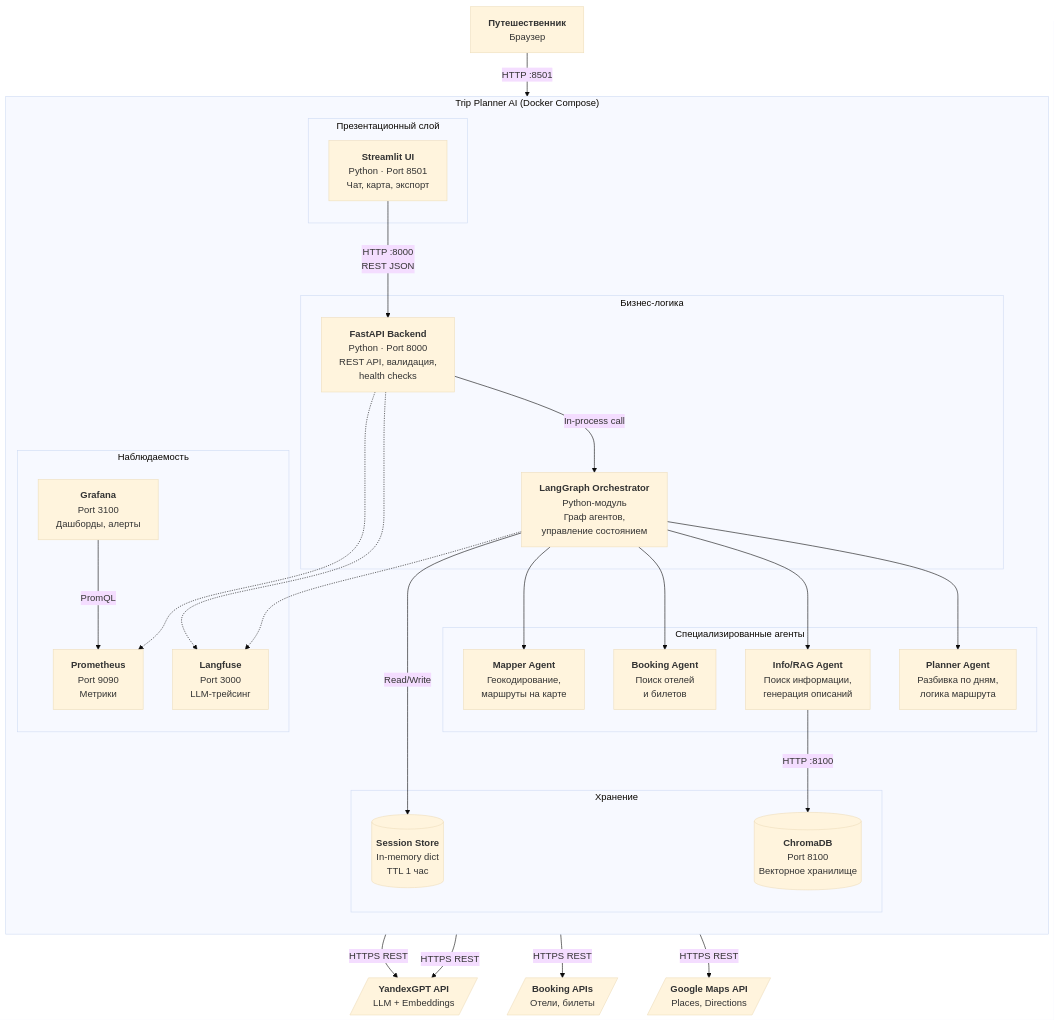
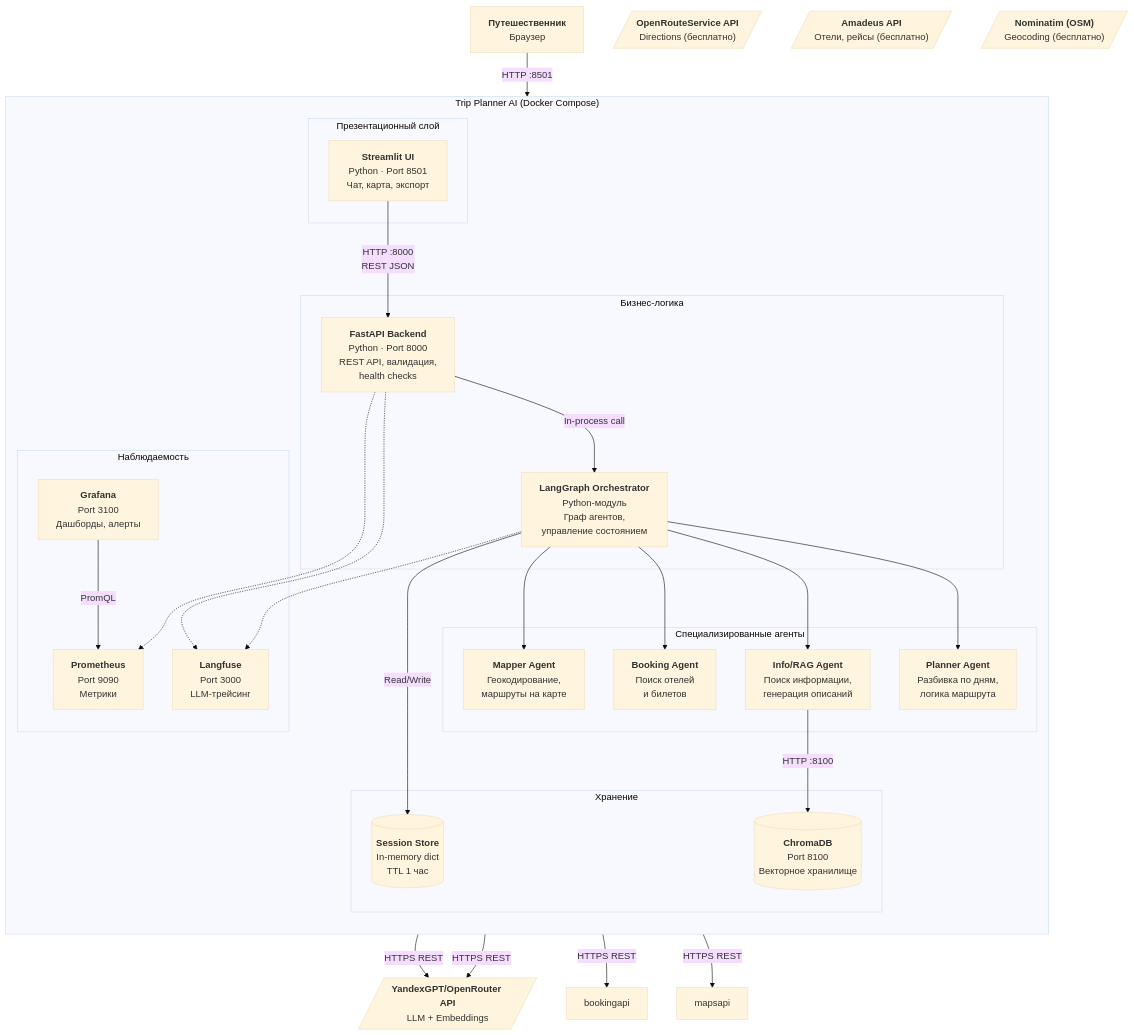
Before and after one commit to daviondk/trip-planner-ai: the first of 2 diagrams in docs/diagrams/c4-container.md, drawn with Mermaid (base theme). The commit also changed 90 other files, not shown here.

````diff
--- a/docs/diagrams/c4-container.md
+++ b/docs/diagrams/c4-container.md
@@ -5,61 +5,62 @@
 ```mermaid
 flowchart TB
     traveler["<b>Путешественник</b><br/>Браузер"]
 
     subgraph platform ["Trip Planner AI (Docker Compose)"]
         direction TB
 
         subgraph frontend ["Презентационный слой"]
             streamlit["<b>Streamlit UI</b><br/>Python · Port 8501<br/>Чат, карта, экспорт"]
         end
 
         subgraph backend ["Бизнес-логика"]
             fastapi["<b>FastAPI Backend</b><br/>Python · Port 8000<br/>REST API, валидация,<br/>health checks"]
             orchestrator["<b>LangGraph Orchestrator</b><br/>Python-модуль<br/>Граф агентов,<br/>управление состоянием"]
         end
 
         subgraph agents ["Специализированные агенты"]
             planner["<b>Planner Agent</b><br/>Разбивка по дням,<br/>логика маршрута"]
             inforag["<b>Info/RAG Agent</b><br/>Поиск информации,<br/>генерация описаний"]
             booking["<b>Booking Agent</b><br/>Поиск отелей<br/>и билетов"]
             mapper["<b>Mapper Agent</b><br/>Геокодирование,<br/>маршруты на карте"]
         end
 
         subgraph storage ["Хранение"]
             session[("<b>Session Store</b><br/>In-memory dict<br/>TTL 1 час")]
             chromadb[("<b>ChromaDB</b><br/>Port 8100<br/>Векторное хранилище")]
         end
 
         subgraph observability ["Наблюдаемость"]
             langfuse["<b>Langfuse</b><br/>Port 3000<br/>LLM-трейсинг"]
             prometheus["<b>Prometheus</b><br/>Port 9090<br/>Метрики"]
             grafana["<b>Grafana</b><br/>Port 3100<br/>Дашборды, алерты"]
         end
     end
 
-    yandexgpt[/"<b>YandexGPT API</b><br/>LLM + Embeddings"/]
-    mapsapi[/"<b>Google Maps API</b><br/>Places, Directions"/]
-    bookingapi[/"<b>Booking APIs</b><br/>Отели, билеты"/]
+    yandexgpt[/"<b>YandexGPT/OpenRouter API</b><br/>LLM + Embeddings"/]
+    orsapi[/"<b>OpenRouteService API</b><br/>Directions (бесплатно)"/]
+    amadeus[/"<b>Amadeus API</b><br/>Отели, рейсы (бесплатно)"/]
+    nominatim[/"<b>Nominatim (OSM)</b><br/>Geocoding (бесплатно)"/]
 
     traveler -- "HTTP :8501" --> streamlit
     streamlit -- "HTTP :8000<br/>REST JSON" --> fastapi
     fastapi -- "In-process call" --> orchestrator
 
     orchestrator --> planner
     orchestrator --> inforag
     orchestrator --> booking
     orchestrator --> mapper
 
     planner -- "HTTPS REST" --> yandexgpt
     inforag -- "HTTPS REST" --> yandexgpt
     inforag -- "HTTP :8100" --> chromadb
     booking -- "HTTPS REST" --> bookingapi
     mapper -- "HTTPS REST" --> mapsapi
 
     orchestrator -- "Read/Write" --> session
 
     fastapi -.-> langfuse
     orchestrator -.-> langfuse
     fastapi -.-> prometheus
     grafana -- "PromQL" --> prometheus
 ```
````
